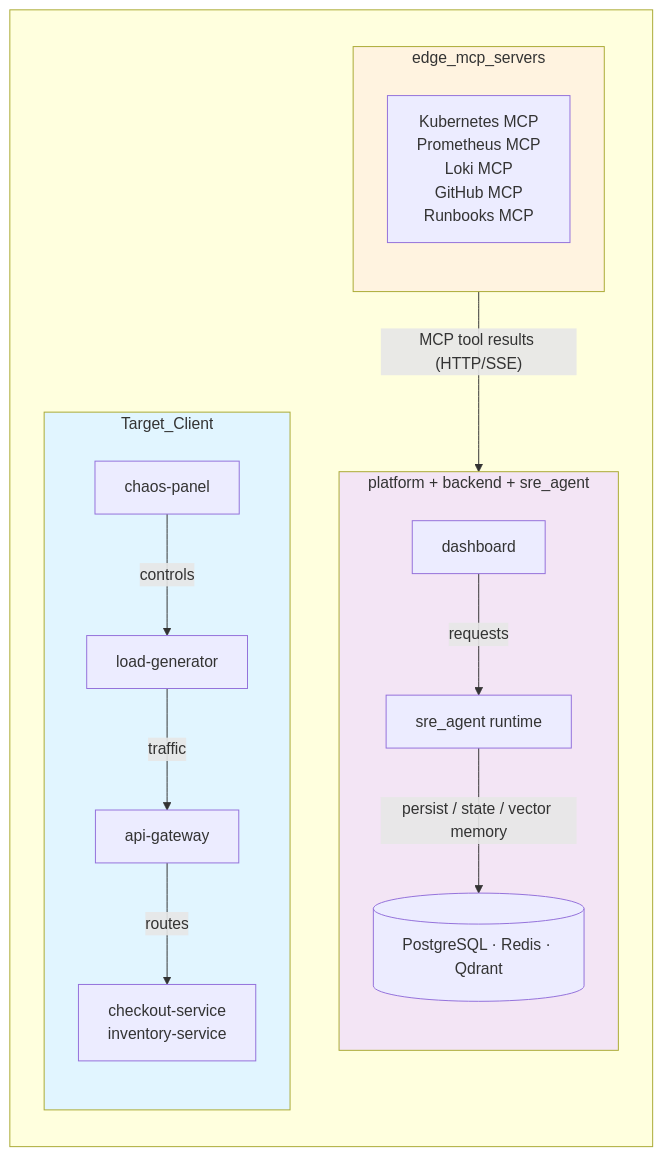
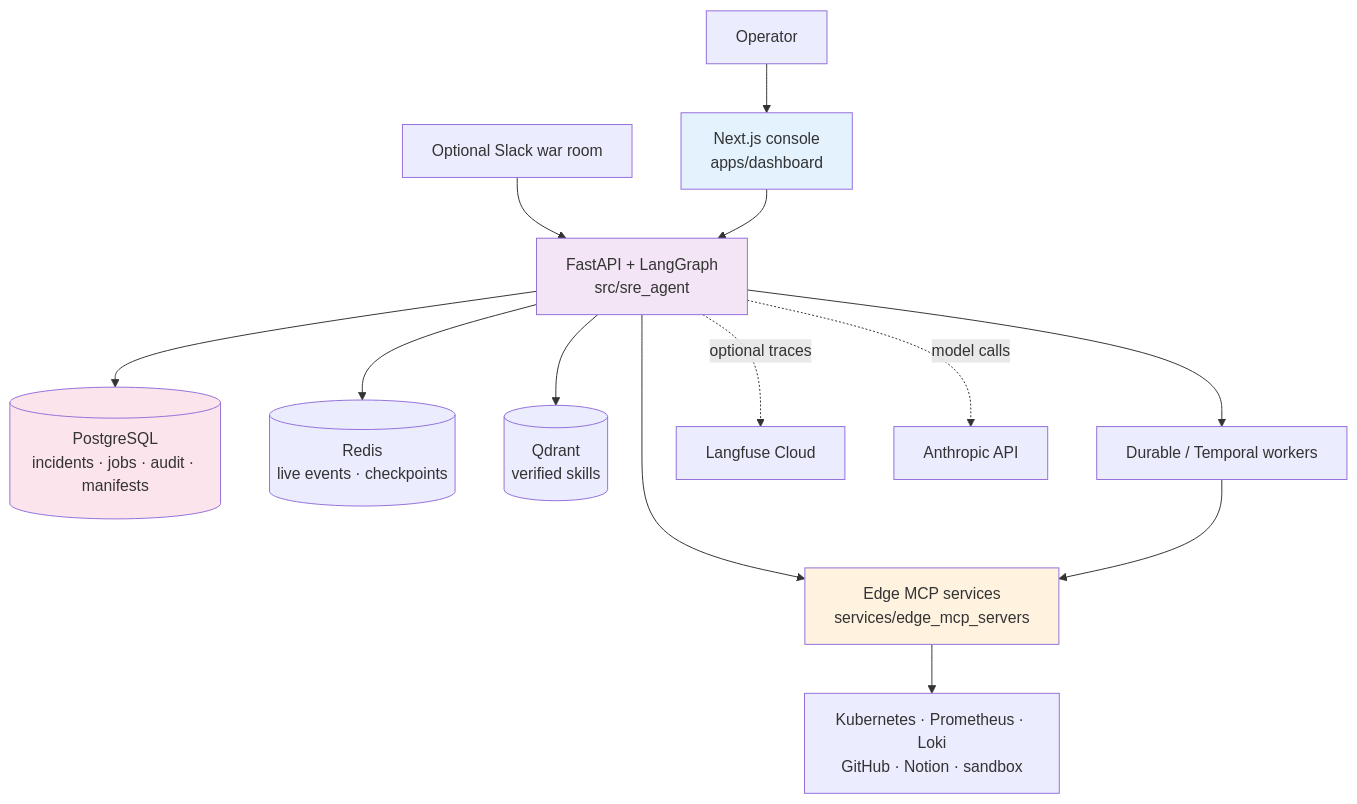
Before and after one commit to jayanth922/Sre-automation: the diagram in docs/architecture/system-topology.mmd, drawn with Mermaid. The commit also changed 742 other files, not shown here.

```diff
--- a/docs/architecture/system-topology.mmd
+++ b/docs/architecture/system-topology.mmd
@@ -1,39 +1,21 @@
-%% Portrait / Word-friendly: stacked tiers inside one wrapper subgraph (TB).
-%% Detailed MCP wiring: see mcp-integration.mmd. Original twin microservices
-%% are summarized as one node here to avoid a wide gateway fan-out.
+graph TB
+    Operator["Operator"] --> UI["Next.js console<br/>apps/dashboard"]
+    Slack["Optional Slack war room"] --> API
+    UI --> API["FastAPI + LangGraph<br/>src/sre_agent"]
 
-graph TB
-    subgraph Topology[" "]
-        direction TB
+    API --> DB[("PostgreSQL<br/>incidents · jobs · audit · manifests")]
+    API --> Redis[("Redis<br/>live events · checkpoints")]
+    API --> Qdrant[("Qdrant<br/>verified skills")]
+    API --> Worker["Durable / Temporal workers"]
 
-        subgraph Platform["platform + backend + sre_agent"]
-            direction TB
-            UI["dashboard"]
-            API["sre_agent runtime"]
-            STORES[("PostgreSQL · Redis · Qdrant")]
-            UI -->|requests| API
-            API -->|persist / state / vector memory| STORES
-        end
+    API --> Edge["Edge MCP services<br/>services/edge_mcp_servers"]
+    Worker --> Edge
+    Edge --> Sources["Kubernetes · Prometheus · Loki<br/>GitHub · Notion · sandbox"]
 
-        subgraph Edge["edge_mcp_servers"]
-            direction TB
-            MCPS["Kubernetes MCP<br/>Prometheus MCP<br/>Loki MCP<br/>GitHub MCP<br/>Runbooks MCP"]
-        end
+    API -. "optional traces" .-> Langfuse["Langfuse Cloud"]
+    API -. "model calls" .-> Anthropic["Anthropic API"]
 
-        subgraph Target["Target_Client"]
-            direction TB
-            CP["chaos-panel"]
-            LG["load-generator"]
-            GW["api-gateway"]
-            SVC["checkout-service<br/>inventory-service"]
-            CP -->|controls| LG
-            LG -->|traffic| GW
-            GW -->|routes| SVC
-        end
-    end
-
-    MCPS -->|"MCP tool results (HTTP/SSE)"| API
-
-    style Target fill:#e1f5ff
+    style API fill:#f3e5f5
     style Edge fill:#fff3e0
-    style Platform fill:#f3e5f5
+    style UI fill:#e3f2fd
+    style DB fill:#fce4ec
```
